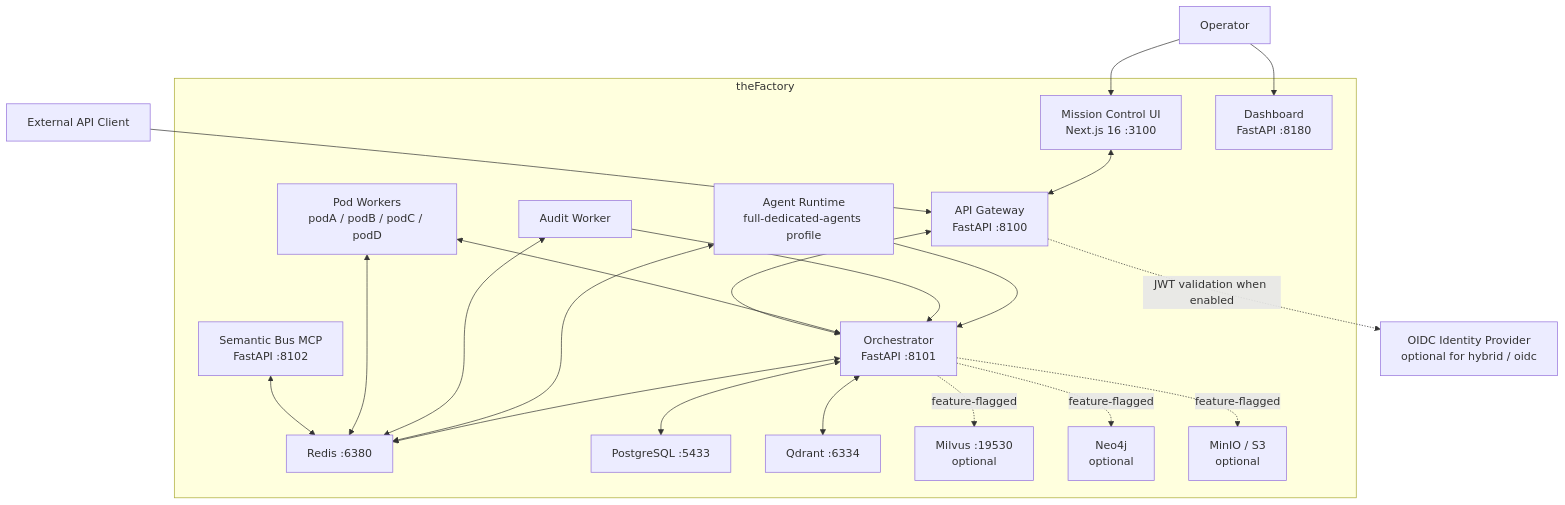
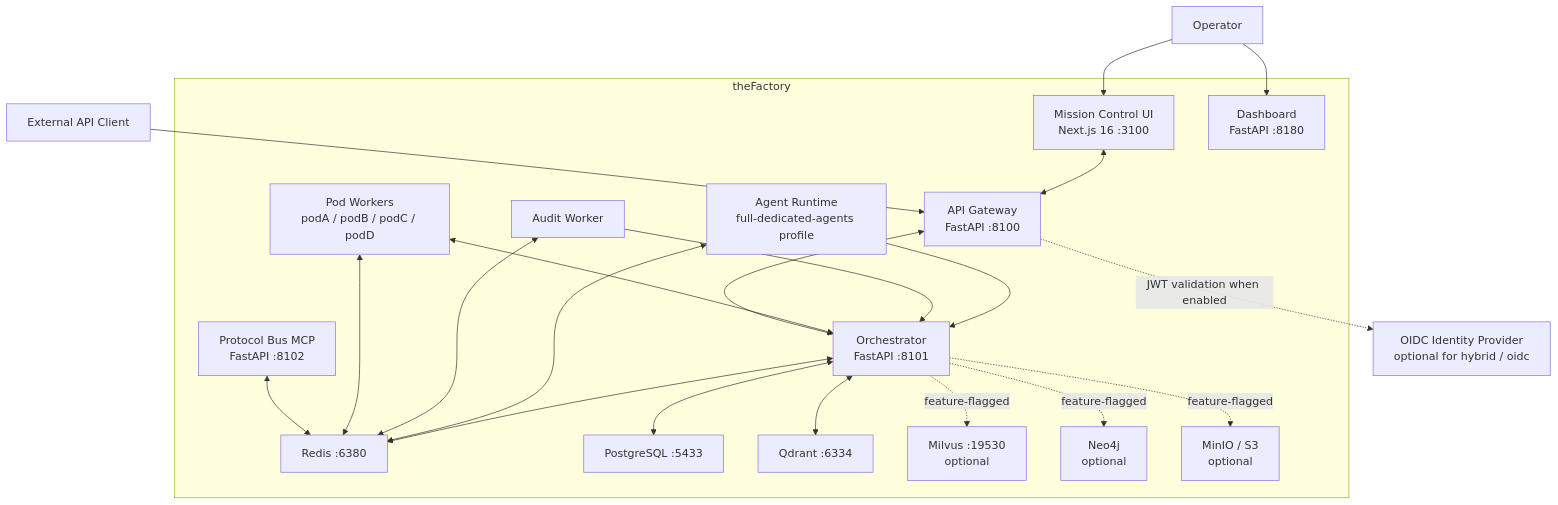
Before and after one commit to kherrera6219/theFactory: the first of 8 diagrams in docs/ARCHITECTURE_DIAGRAMS.md, drawn with Mermaid. The commit also changed other lines of this file and 63 other files, not shown here.

````diff
--- a/docs/ARCHITECTURE_DIAGRAMS.md
+++ b/docs/ARCHITECTURE_DIAGRAMS.md
@@ -30,43 +30,43 @@
 ```mermaid
 flowchart TB
     Operator["Operator"]
     APIClient["External API Client"]
     IdP["OIDC Identity Provider\noptional for hybrid / oidc"]
 
     subgraph Platform["theFactory"]
         MissionControl["Mission Control UI\nNext.js 16 :3100"]
         Dashboard["Dashboard\nFastAPI :8180"]
         Gateway["API Gateway\nFastAPI :8100"]
         Orchestrator["Orchestrator\nFastAPI :8101"]
-        SemanticBus["Semantic Bus MCP\nFastAPI :8102"]
+        ProtocolBus["Protocol Bus MCP\nFastAPI :8102"]
         PodWorkers["Pod Workers\npodA / podB / podC / podD"]
         AuditWorker["Audit Worker"]
         AgentRuntime["Agent Runtime\nfull-dedicated-agents profile"]
         Redis["Redis :6380"]
         Postgres["PostgreSQL :5433"]
         Qdrant["Qdrant :6334"]
         Milvus["Milvus :19530\noptional"]
         Neo4j["Neo4j\noptional"]
         MinIO["MinIO / S3\noptional"]
     end
 
     Operator --> MissionControl
     Operator --> Dashboard
     APIClient --> Gateway
     MissionControl <--> Gateway
     Gateway -. "JWT validation when enabled" .-> IdP
     Gateway <--> Orchestrator
-    SemanticBus <--> Redis
+    ProtocolBus <--> Redis
     PodWorkers <--> Redis
     AuditWorker <--> Redis
     AgentRuntime <--> Redis
     Orchestrator <--> Redis
     Orchestrator <--> Postgres
     Orchestrator <--> Qdrant
     Orchestrator -. "feature-flagged" .-> Milvus
     Orchestrator -. "feature-flagged" .-> Neo4j
     Orchestrator -. "feature-flagged" .-> MinIO
     PodWorkers <--> Orchestrator
     AuditWorker --> Orchestrator
     AgentRuntime --> Orchestrator
 ```
````
